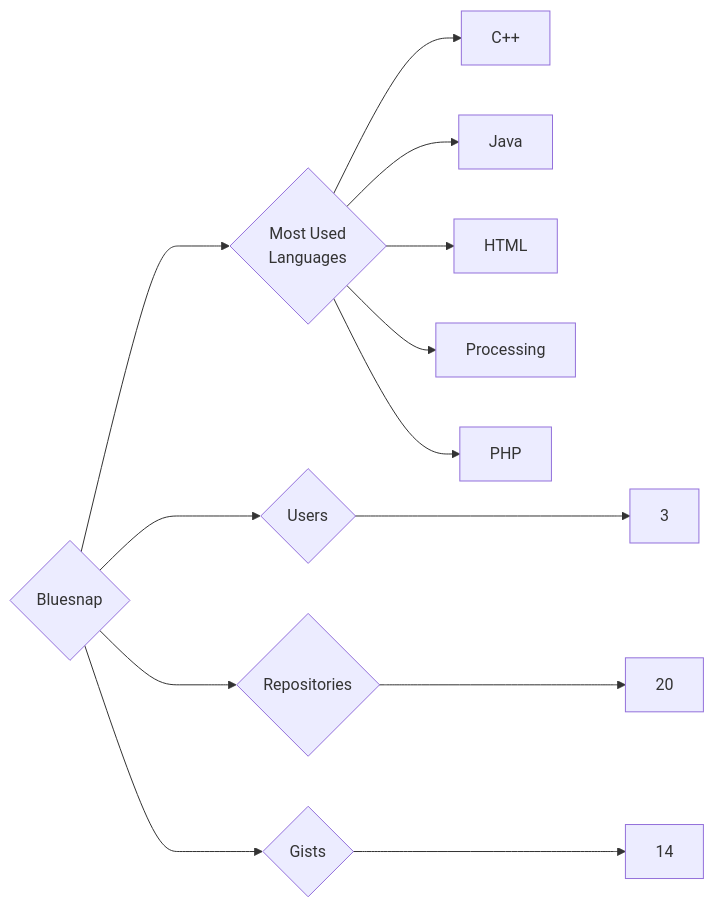
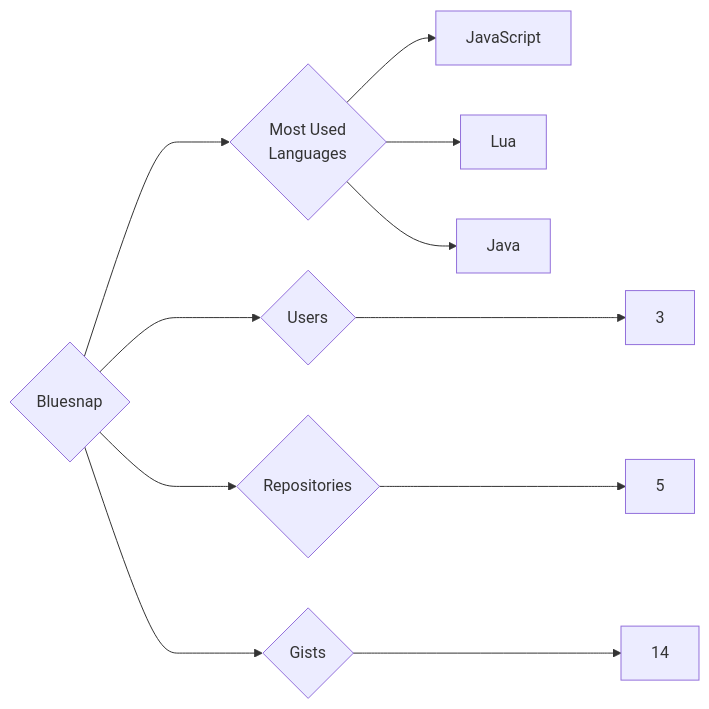
The diagram in targets/Bluesnap/README.md (trickest/insiders), drawn with Mermaid before and after one commit. The commit also changed 718 other files, not shown here.

````diff
--- a/targets/Bluesnap/README.md
+++ b/targets/Bluesnap/README.md
@@ -3,13 +3,11 @@
 ```mermaid
 graph LR
 COMPANY_NAME{Bluesnap}
 COMPANY_NAME ---> U{Users} ---> UN[3]
-COMPANY_NAME ---> R{Repositories} ---> RN[20]
+COMPANY_NAME ---> R{Repositories} ---> RN[5]
 COMPANY_NAME ---> G{Gists} ---> GN[14]
 COMPANY_NAME ---> ML{Most Used<br>Languages}
-ML --> C++[C++]
+ML --> JavaScript[JavaScript]
+ML --> Lua[Lua]
 ML --> Java[Java]
-ML --> HTML[HTML]
-ML --> Processing[Processing]
-ML --> PHP[PHP]
 ```
````
